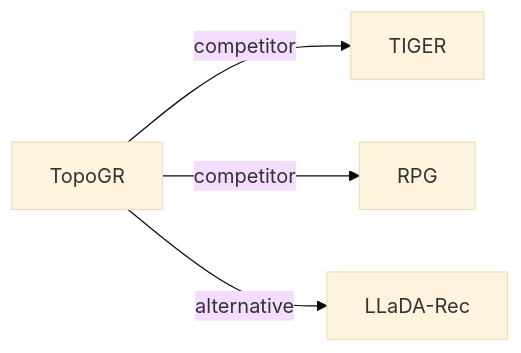
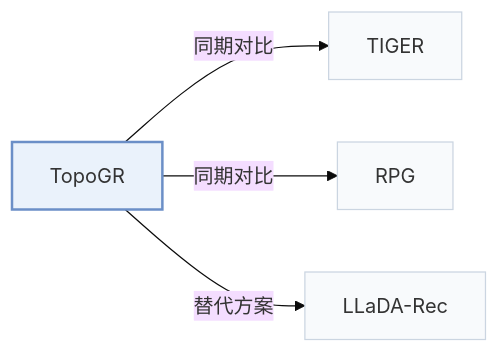
Before and after one commit to Galaxy-ghost/Awesome-SID-Generative-Rec: the second of 2 diagrams in pages/zh/papers/topogr.md, drawn with Mermaid (base theme). The commit also changed other lines of this file and 649 other files, not shown here.

Commit message:
writer-05: also tags and modality index (schema, check, build, visuals); summary field removed; calibration data for 12 papers

````diff
--- a/pages/zh/papers/topogr.md
+++ b/pages/zh/papers/topogr.md
@@ -69,7 +74,11 @@
 ```mermaid
 flowchart LR
     P["TopoGR"]
-    P -->|competitor| A["TIGER"]
-    P -->|competitor| B["RPG"]
-    P -->|alternative| C["LLaDA-Rec"]
+    P -->|"同期对比"| A["TIGER"]
+    P -->|"同期对比"| B["RPG"]
+    P -->|"替代方案"| C["LLaDA-Rec"]
+    classDef main fill:#eaf2fb,stroke:#6b8fc7,stroke-width:2px
+    classDef peer fill:#f8fafc,stroke:#cbd5e1
+    class P main
+    class A,B,C peer
 ```
````
